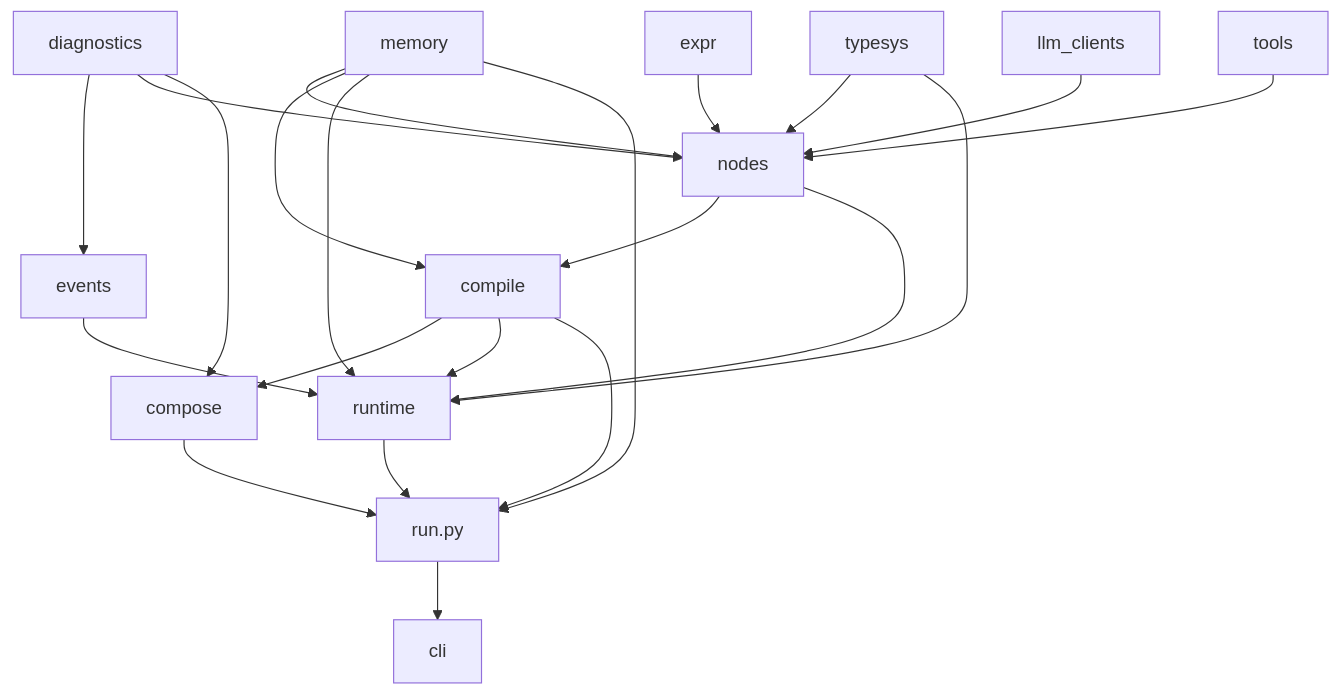
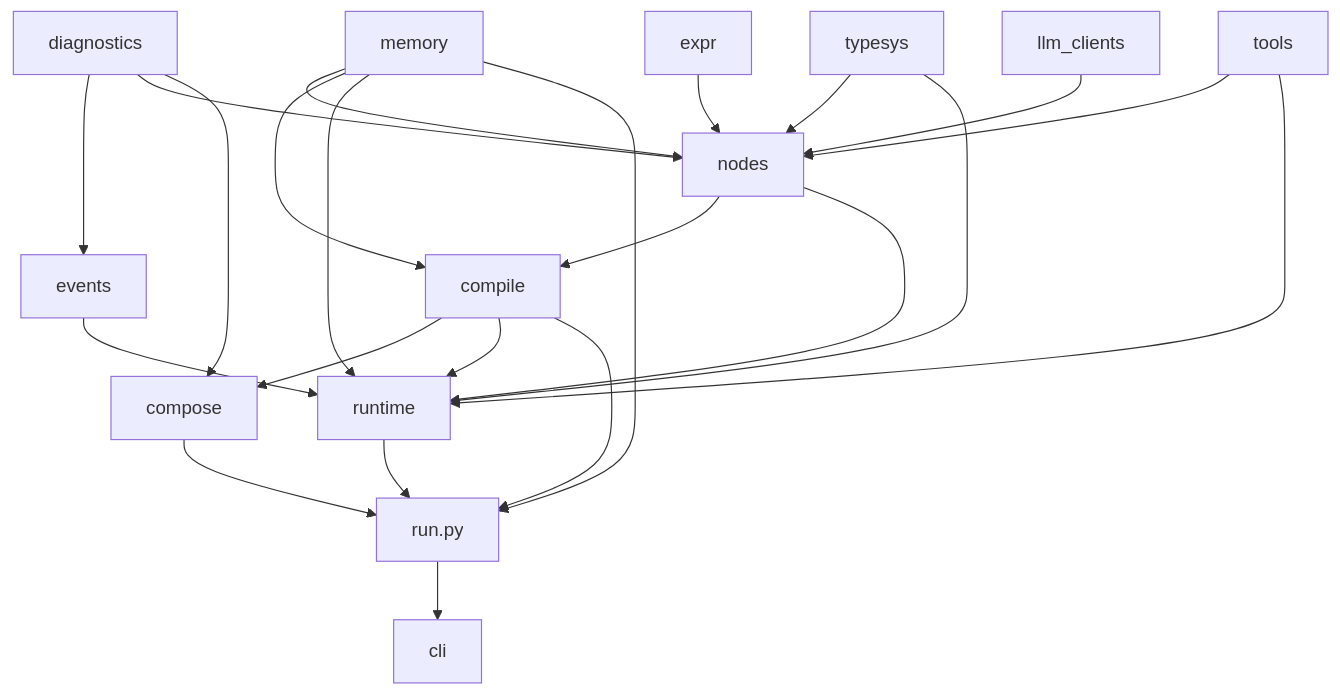
Before and after one commit to ngocbh/yian: the second of 2 diagrams in docs/architecture.md, drawn with Mermaid. The commit also changed 7 other files, not shown here.

````diff
--- a/docs/architecture.md
+++ b/docs/architecture.md
@@ -218,41 +218,42 @@
 ```mermaid
 flowchart TB
     diagnostics["diagnostics"]
     typesys["typesys"]
     expr["expr"]
     memory["memory"]
     events["events"]
     llm["llm_clients"]
     tools["tools"]
     nodes["nodes"]
     compile["compile"]
     compose["compose"]
     runtime["runtime"]
     run["run.py"]
     cli["cli"]
 
     diagnostics --> events
     diagnostics --> nodes
     typesys --> nodes
     expr --> nodes
     memory --> nodes
     llm --> nodes
     tools --> nodes
 
     nodes --> compile
     memory --> compile
     compile --> compose
     diagnostics --> compose
 
     events --> runtime
     typesys --> runtime
     memory --> runtime
     nodes --> runtime
     compile --> runtime
+    tools --> runtime
 
     compose --> run
     compile --> run
     memory --> run
     runtime --> run
     run --> cli
 ```
````
